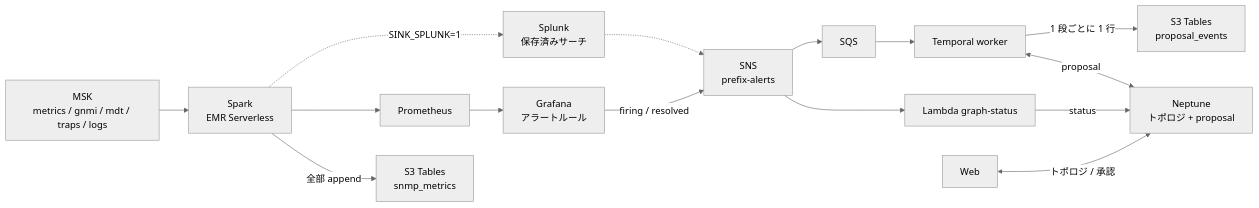
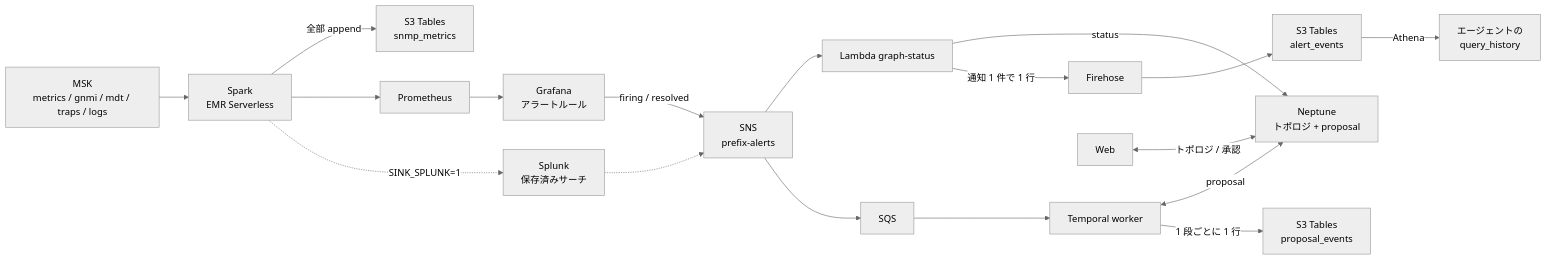
One commit to eddie-eights/nwc-poc changed the first of 2 diagrams in docs/data-stores.md. Above: the diagram before and after it, drawn with Mermaid (neutral theme). The commit also changed other lines of this file and 30 other files, not shown here.

First line of the commit message:
cycle 001 Round 1 を実装した（アラートの通知を graph-status から Firehose で S3 Tables の alert_events に追記し、エージェントの query_history が Athena で読む。セルフレビュー済み、決定 2 と 6 は差し戻し待ち）

````diff
--- a/docs/data-stores.md
+++ b/docs/data-stores.md
@@ -28,14 +28,16 @@
 ```mermaid
 flowchart LR
   MSK["MSK<br/>metrics / gnmi / mdt / traps / logs"] --> SPARK["Spark<br/>EMR Serverless"]
   SPARK -->|"全部 append"| ICE["S3 Tables<br/>snmp_metrics"]
   SPARK --> PROM["Prometheus"] --> GRAF["Grafana<br/>アラートルール"]
   SPARK -.->|"SINK_SPLUNK=1"| SPL["Splunk<br/>保存済みサーチ"]
   GRAF -->|"firing / resolved"| SNS["SNS<br/>prefix-alerts"]
   SPL -.-> SNS
   SNS --> GL["Lambda graph-status"] -->|"status"| NEP["Neptune<br/>トポロジ + proposal"]
+  GL -->|"通知 1 件で 1 行"| FH["Firehose"] --> AEV["S3 Tables<br/>alert_events"]
+  AEV -->|"Athena"| QH["エージェントの<br/>query_history"]
   SNS --> SQS["SQS"] --> WK["Temporal worker"]
   WK <-->|"proposal"| NEP
   WK -->|"1 段ごとに 1 行"| PEV["S3 Tables<br/>proposal_events"]
   WEB["Web"] <-->|"トポロジ / 承認"| NEP
 ```
````
